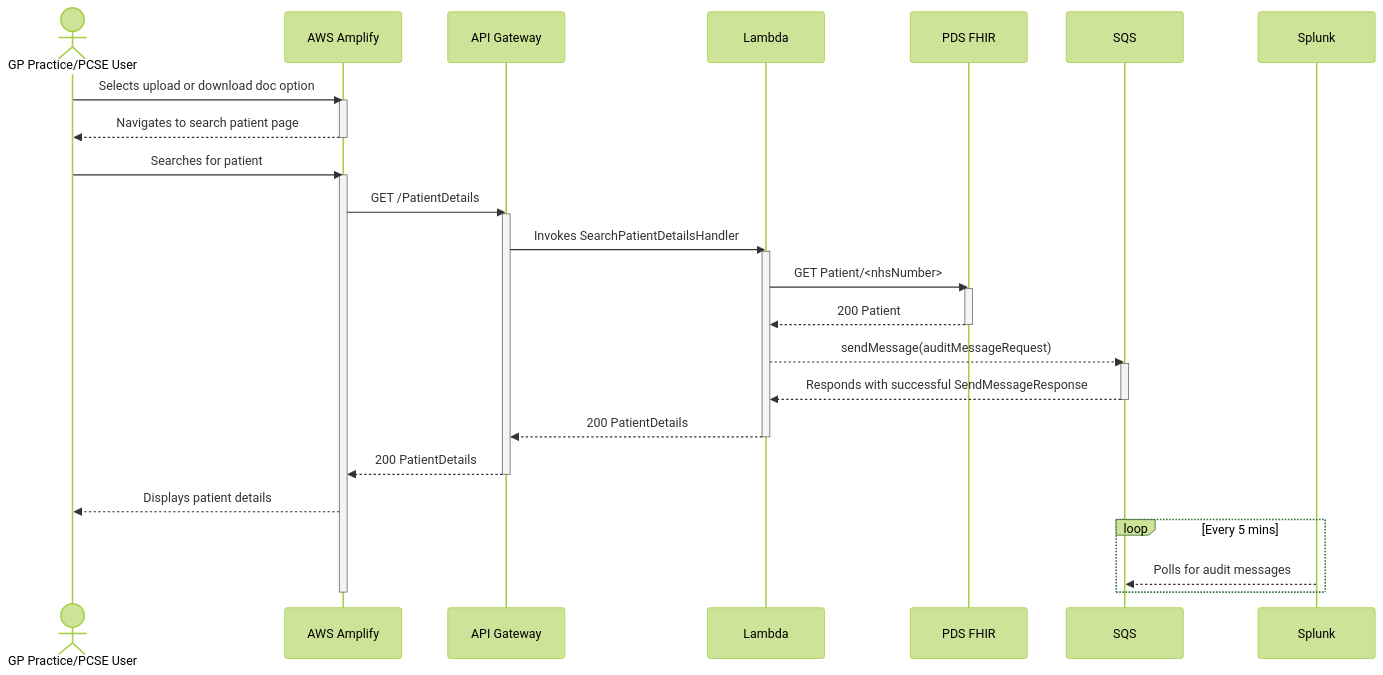
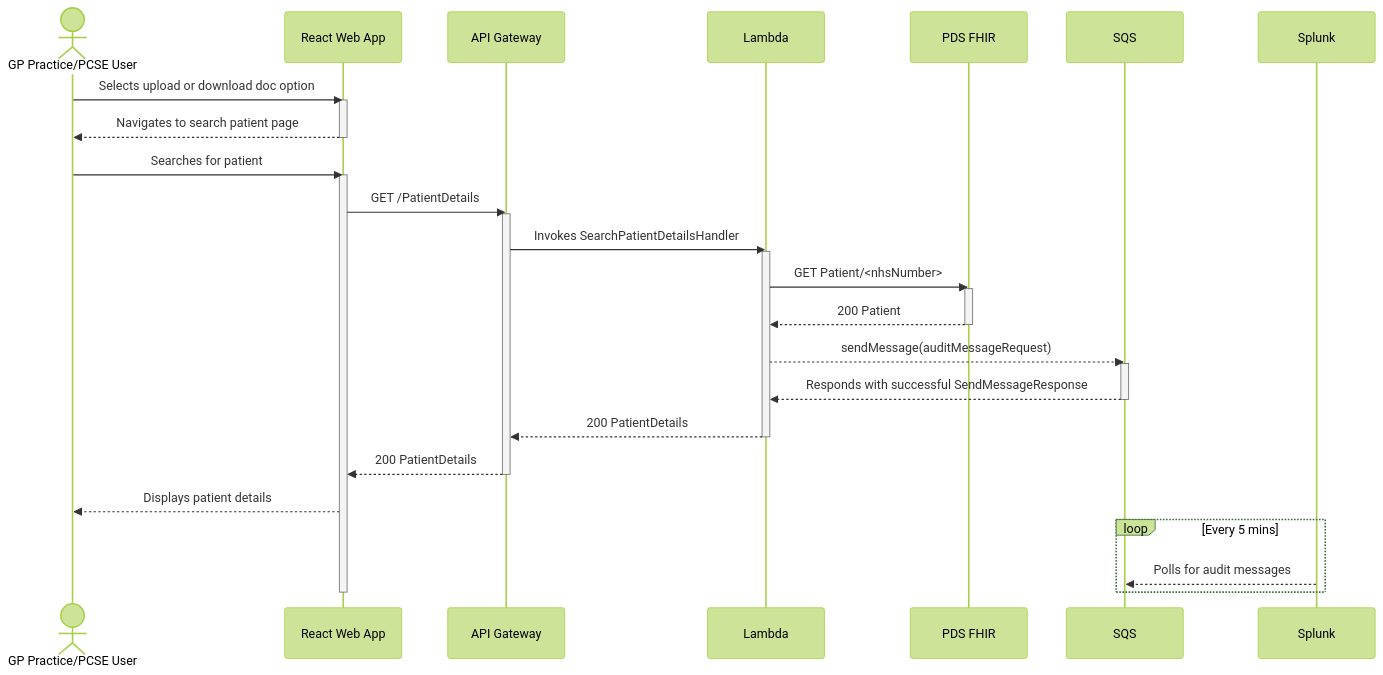
One commit to nhsconnect/document-store-prototype changed the diagram in documentation/diagrams/sequence/search-patient-details.md. Above: the diagram before and after it, drawn with Mermaid (forest theme). The commit also changed other lines of this file, not shown here.

Commit message:
[DOC] Replace AWS Amplify with React Web App on search-patient-details.md

````diff
--- a/documentation/diagrams/sequence/search-patient-details.md
+++ b/documentation/diagrams/sequence/search-patient-details.md
@@ -7,31 +8,31 @@
 ```mermaid
 sequenceDiagram
     actor GP Practice/PCSE User
-    GP Practice/PCSE User->>AWS Amplify: Selects upload or download doc option
-    activate AWS Amplify
-    AWS Amplify-->>GP Practice/PCSE User: Navigates to search patient page
-    deactivate AWS Amplify
-    GP Practice/PCSE User->>AWS Amplify: Searches for patient
-    activate AWS Amplify
-    AWS Amplify->>API Gateway: GET /PatientDetails
+    GP Practice/PCSE User->>React Web App: Selects upload or download doc option
+    activate React Web App
+    React Web App-->>GP Practice/PCSE User: Navigates to search patient page
+    deactivate React Web App
+    GP Practice/PCSE User->>React Web App: Searches for patient
+    activate React Web App
+    React Web App->>API Gateway: GET /PatientDetails
     activate API Gateway
     API Gateway->>Lambda: Invokes SearchPatientDetailsHandler
     activate Lambda
     Lambda->>PDS FHIR: GET Patient/<nhsNumber>
     activate PDS FHIR
     PDS FHIR-->>Lambda: 200 Patient
     deactivate PDS FHIR
     Lambda-->>SQS: sendMessage(auditMessageRequest)
     activate SQS
     SQS-->>Lambda: Responds with successful SendMessageResponse
     deactivate SQS
     Lambda-->>API Gateway: 200 PatientDetails
     deactivate Lambda
-    API Gateway-->>AWS Amplify: 200 PatientDetails
+    API Gateway-->>React Web App: 200 PatientDetails
     deactivate API Gateway
-    AWS Amplify-->>GP Practice/PCSE User: Displays patient details
+    React Web App-->>GP Practice/PCSE User: Displays patient details
     loop Every 5 mins
         Splunk-->>SQS: Polls for audit messages
     end
-    deactivate AWS Amplify
+    deactivate React Web App
 ```
````
